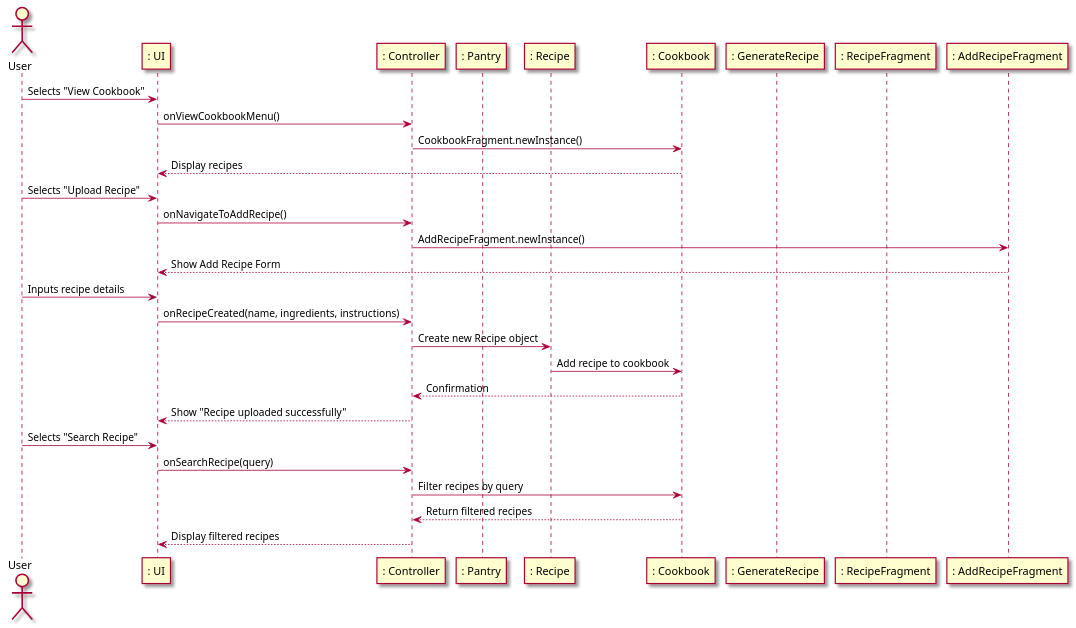
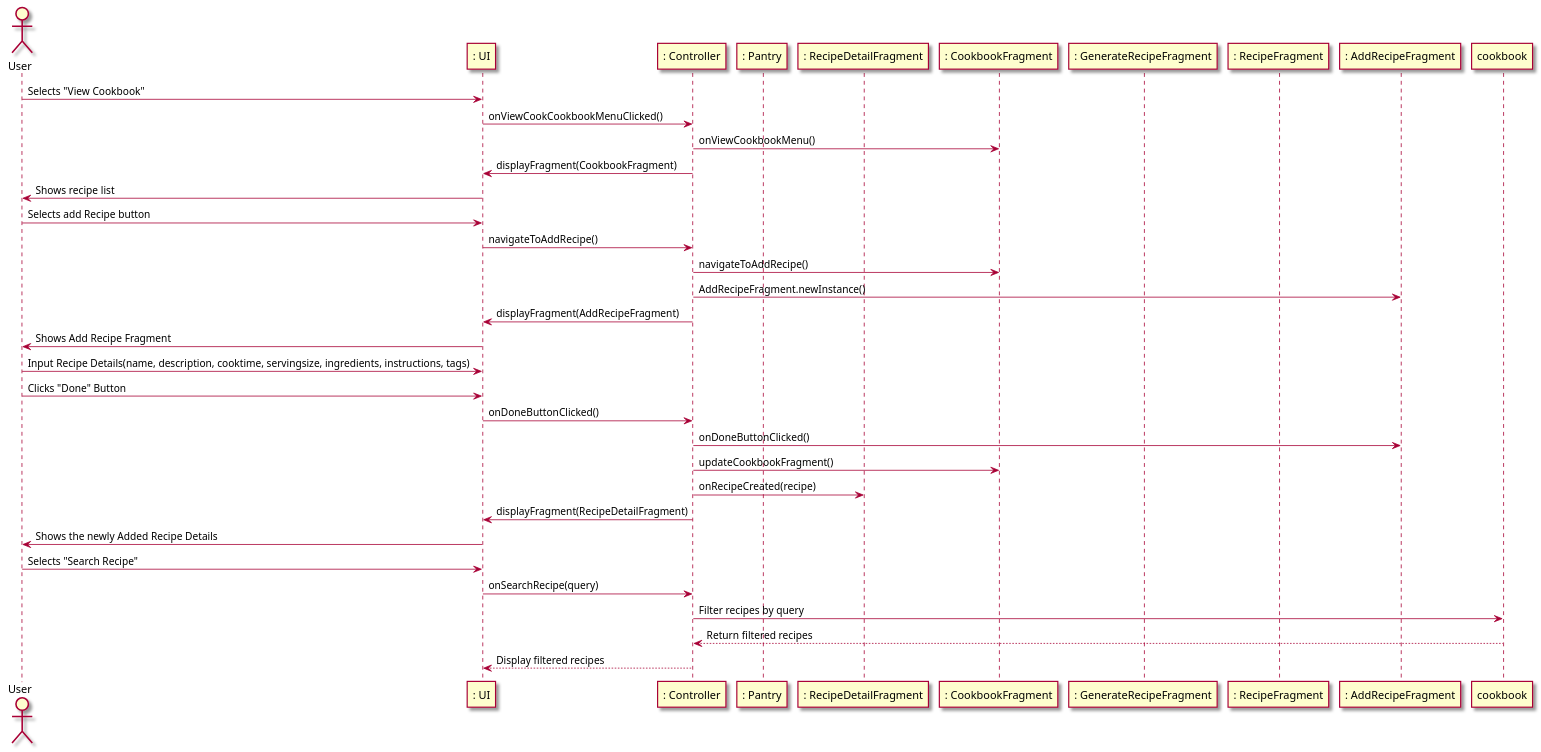
Before and after one commit to berthashipper/Pantry-Pal-Android-Application: the second of 2 diagrams in intellij/doc/use-cases/manage_recipes.md, drawn with PlantUML. The commit also changed 2 other files, not shown here.

Commit message:
updated upload_personal_recipe.md, delete unused save_recipe.md, working on manage_recipes.md

`````diff
--- a/intellij/doc/use-cases/manage_recipes.md
+++ b/intellij/doc/use-cases/manage_recipes.md
@@ -74,39 +74,44 @@
 ```plantuml
 @startuml
 skin rose
 
 actor User as user
 participant ": UI" as ui
 participant ": Controller" as cont
 participant ": Pantry" as pantry
-participant ": Recipe" as recipe
-participant ": Cookbook" as cookbook
-participant ": GenerateRecipe" as genRecipe
-participant ": RecipeFragment" as recipeFragment
-participant ": AddRecipeFragment" as addRecipeFragment
+participant ": RecipeDetailFragment" as rdf
+participant ": CookbookFragment" as cf
+participant ": GenerateRecipeFragment" as grf
+participant ": RecipeFragment" as rf
+participant ": AddRecipeFragment" as arf
 
 user -> ui : Selects "View Cookbook"
-ui -> cont : onViewCookbookMenu()
-cont -> cookbook : CookbookFragment.newInstance()
-cookbook --> ui : Display recipes
+ui -> cont : onViewCookCookbookMenuClicked()
+cont -> cf: onViewCookbookMenu()
+cont -> ui: displayFragment(CookbookFragment)
+ui -> user: Shows recipe list
 
-user -> ui : Selects "Upload Recipe"
-ui -> cont : onNavigateToAddRecipe()
-cont -> addRecipeFragment : AddRecipeFragment.newInstance()
-addRecipeFragment --> ui : Show Add Recipe Form
+user -> ui : Selects add Recipe button
+ui -> cont: navigateToAddRecipe()
+cont -> cf: navigateToAddRecipe()
+cont -> arf : AddRecipeFragment.newInstance()
+cont -> ui: displayFragment(AddRecipeFragment)
+ui -> user: Shows Add Recipe Fragment
 
-user -> ui : Inputs recipe details
-ui -> cont : onRecipeCreated(name, ingredients, instructions)
-cont -> recipe : Create new Recipe object
-recipe -> cookbook : Add recipe to cookbook
-cookbook --> cont : Confirmation
-cont --> ui : Show "Recipe uploaded successfully"
+user -> ui : Input Recipe Details(name, description, cooktime, servingsize, ingredients, instructions, tags)
+user -> ui : Clicks "Done" Button
+ui -> cont : onDoneButtonClicked()
+cont -> arf : onDoneButtonClicked()
+cont -> cf: updateCookbookFragment()
+cont -> rdf: onRecipeCreated(recipe)
+cont -> ui : displayFragment(RecipeDetailFragment)
+ui -> user: Shows the newly Added Recipe Details
 
 user -> ui : Selects "Search Recipe"
 ui -> cont : onSearchRecipe(query)
 cont -> cookbook : Filter recipes by query
 cookbook --> cont : Return filtered recipes
 cont --> ui : Display filtered recipes
 
 @enduml
 ````
`````
